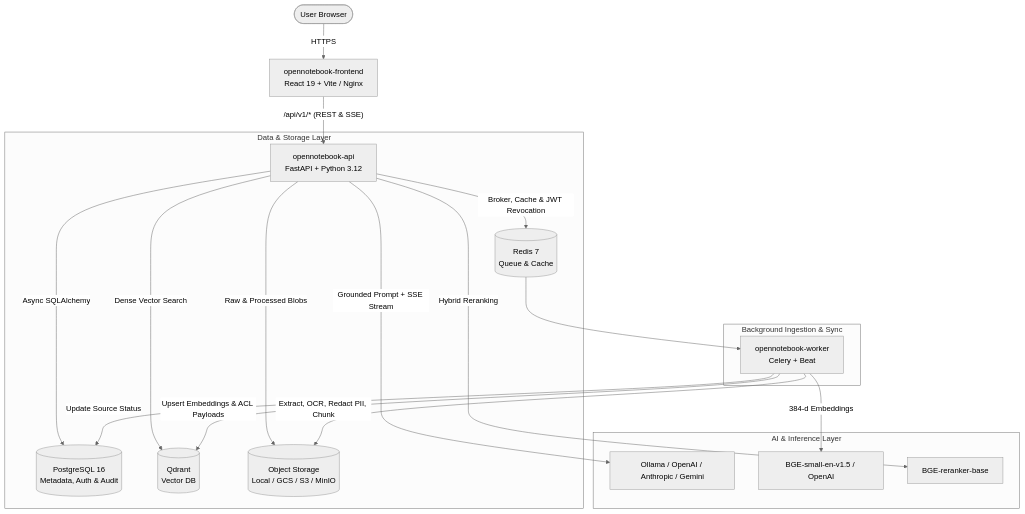
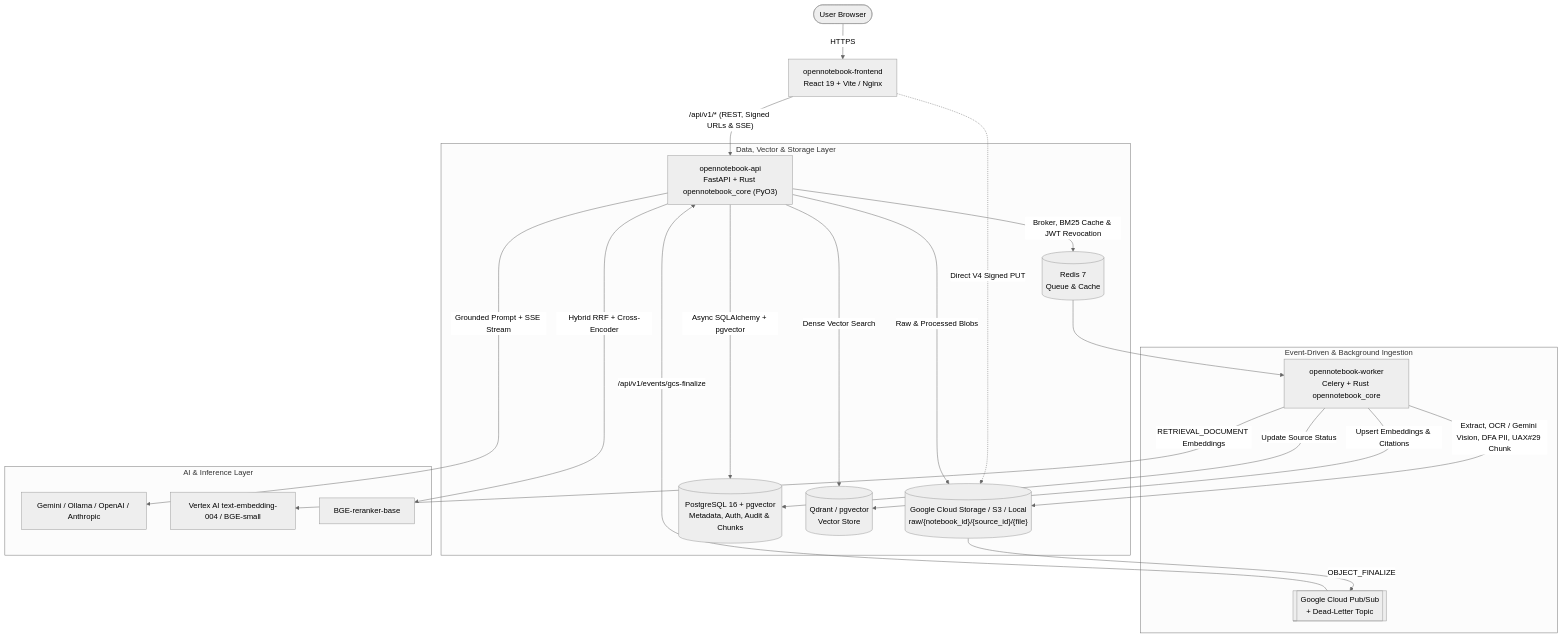
Before and after one commit to sarkarbikram90/OpenNoteBook: the diagram in README.md, drawn with Mermaid (neutral theme). The commit also changed other lines of this file and 10 other files, not shown here.

Commit message:
feat(ci,ui,observability): add Rust CI job, GCS/PubSub Grafana panels, signed-URL UI, and lifecycle tests

````diff
--- a/README.md
+++ b/README.md
@@ -95,25 +102,28 @@
 ```mermaid
 flowchart TD
     User(["User Browser"]) -->|HTTPS| Frontend["opennotebook-frontend<br/>React 19 + Vite / Nginx"]
-    Frontend -->|"/api/v1/* (REST & SSE)"| API["opennotebook-api<br/>FastAPI + Python 3.12"]
+    Frontend -->|"/api/v1/* (REST, Signed URLs & SSE)"| API["opennotebook-api<br/>FastAPI + Rust opennotebook_core (PyO3)"]
+    Frontend -.->|"Direct V4 Signed PUT"| Blob[("Google Cloud Storage / S3 / Local<br/>raw/{notebook_id}/{source_id}/{file}")]
 
-    subgraph Storage["Data & Storage Layer"]
-        API -->|Async SQLAlchemy| DB[("PostgreSQL 16<br/>Metadata, Auth & Audit")]
-        API -->|Dense Vector Search| Qdrant[("Qdrant<br/>Vector DB")]
-        API -->|Raw & Processed Blobs| Blob[("Object Storage<br/>Local / GCS / S3 / MinIO")]
-        API -->|Broker, Cache & JWT Revocation| Redis[("Redis 7<br/>Queue & Cache")]
+    subgraph Storage["Data, Vector & Storage Layer"]
+        API -->|Async SQLAlchemy + pgvector| DB[("PostgreSQL 16 + pgvector<br/>Metadata, Auth, Audit & Chunks")]
+        API -->|Dense Vector Search| Qdrant[("Qdrant / pgvector<br/>Vector Store")]
+        API -->|Raw & Processed Blobs| Blob
+        API -->|Broker, BM25 Cache & JWT Revocation| Redis[("Redis 7<br/>Queue & Cache")]
     end
 
-    subgraph Async["Background Ingestion & Sync"]
-        Redis --> Worker["opennotebook-worker<br/>Celery + Beat"]
-        Worker -->|Extract, OCR, Redact PII, Chunk| Blob
-        Worker -->|Upsert Embeddings & ACL Payloads| Qdrant
+    subgraph Async["Event-Driven & Background Ingestion"]
+        Blob -->|"OBJECT_FINALIZE"| PubSub[["Google Cloud Pub/Sub<br/>+ Dead-Letter Topic"]]
+        PubSub -->|"/api/v1/events/gcs-finalize"| API
+        Redis --> Worker["opennotebook-worker<br/>Celery + Rust opennotebook_core"]
+        Worker -->|Extract, OCR / Gemini Vision, DFA PII, UAX#29 Chunk| Blob
+        Worker -->|Upsert Embeddings & Citations| Qdrant
         Worker -->|Update Source Status| DB
     end
 
     subgraph AI["AI & Inference Layer"]
-        API -->|Grounded Prompt + SSE Stream| LLM["Ollama / OpenAI / Anthropic / Gemini"]
-        Worker -->|384-d Embeddings| Embed["BGE-small-en-v1.5 / OpenAI"]
-        API -->|Hybrid Reranking| Rerank["BGE-reranker-base"]
+        API -->|Grounded Prompt + SSE Stream| LLM["Gemini / Ollama / OpenAI / Anthropic"]
+        Worker -->|RETRIEVAL_DOCUMENT Embeddings| Embed["Vertex AI text-embedding-004 / BGE-small"]
+        API -->|Hybrid RRF + Cross-Encoder| Rerank["BGE-reranker-base"]
     end
 ```
````
